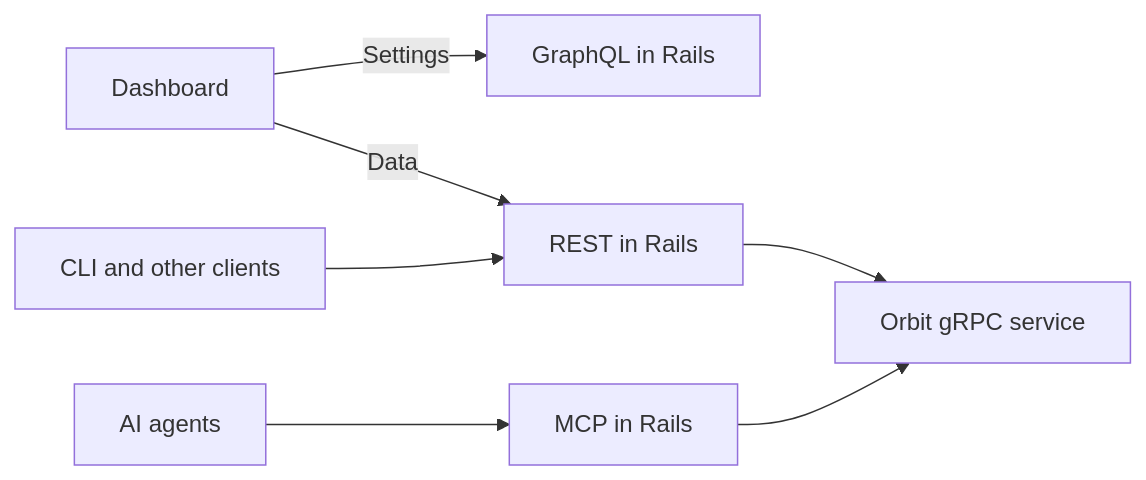
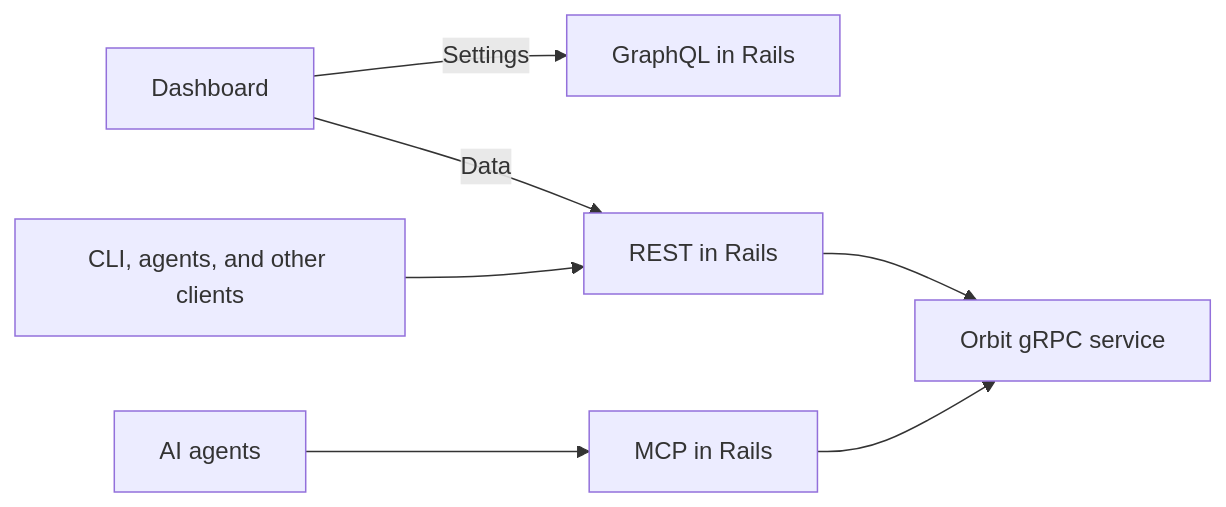
The diagram in docs/pages/engineering/adr/003_api_design.md (gitlabhq/orbit-knowledge-graph), drawn with Mermaid before and after one commit. The commit also changed other lines of this file and 19 other files, not shown here.

````diff
--- a/docs/pages/engineering/adr/003_api_design.md
+++ b/docs/pages/engineering/adr/003_api_design.md
@@ -46,11 +46,11 @@
 ```mermaid
 flowchart LR
     accTitle: Orbit API surfaces
-    accDescr: The dashboard uses GraphQL for settings. The dashboard, the CLI, and other clients use REST for data. Agents use MCP. Rails maps REST and MCP calls to the Orbit gRPC service.
+    accDescr: The dashboard uses GraphQL for settings. The dashboard, the CLI, agents, and other clients use REST for data. Agents use MCP. Rails maps REST and MCP calls to the Orbit gRPC service.
     D[Dashboard] -->|Settings| G[GraphQL in Rails]
     D -->|Data| R[REST in Rails]
-    C[CLI and other clients] --> R
+    C[CLI, agents, and other clients] --> R
     A[AI agents] --> M[MCP in Rails]
     R --> O[Orbit gRPC service]
     M --> O
 ```
````
